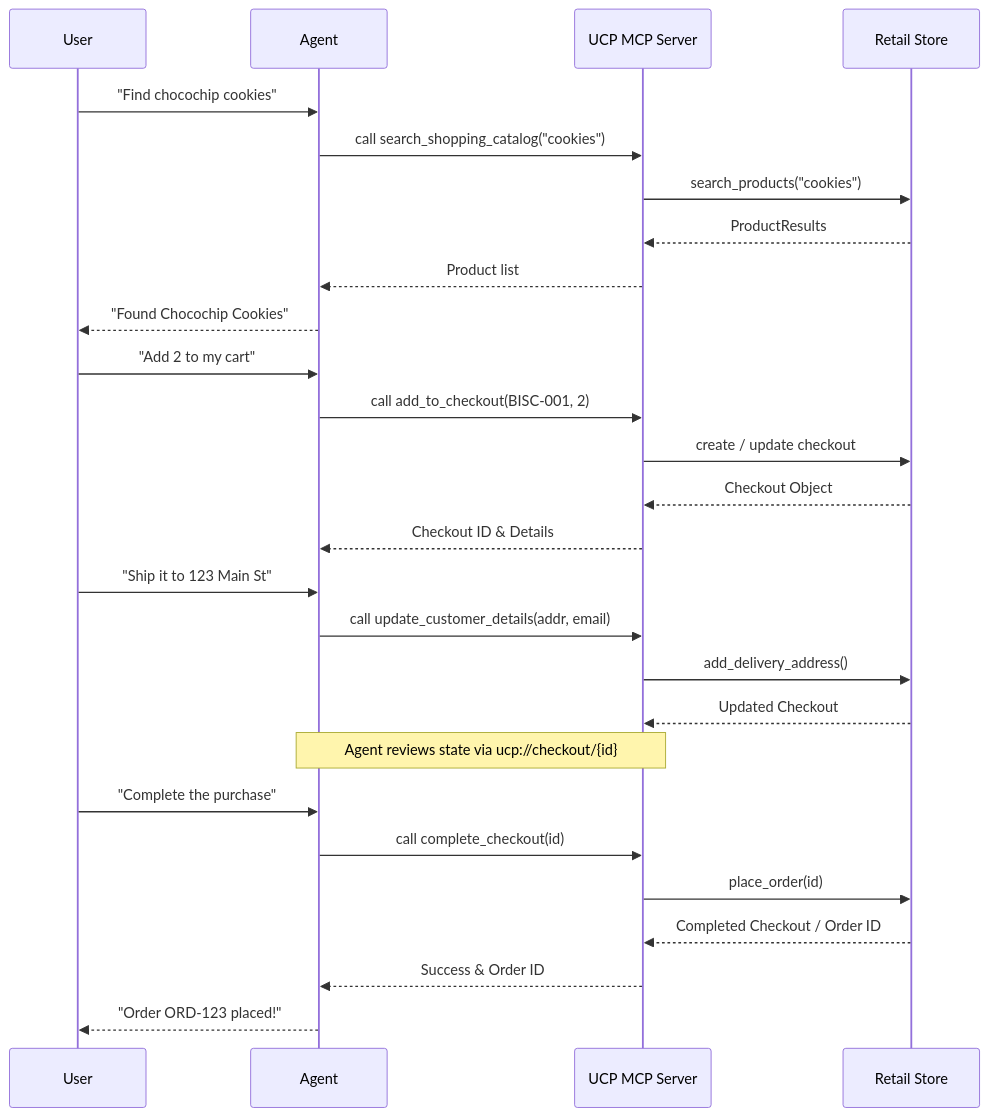
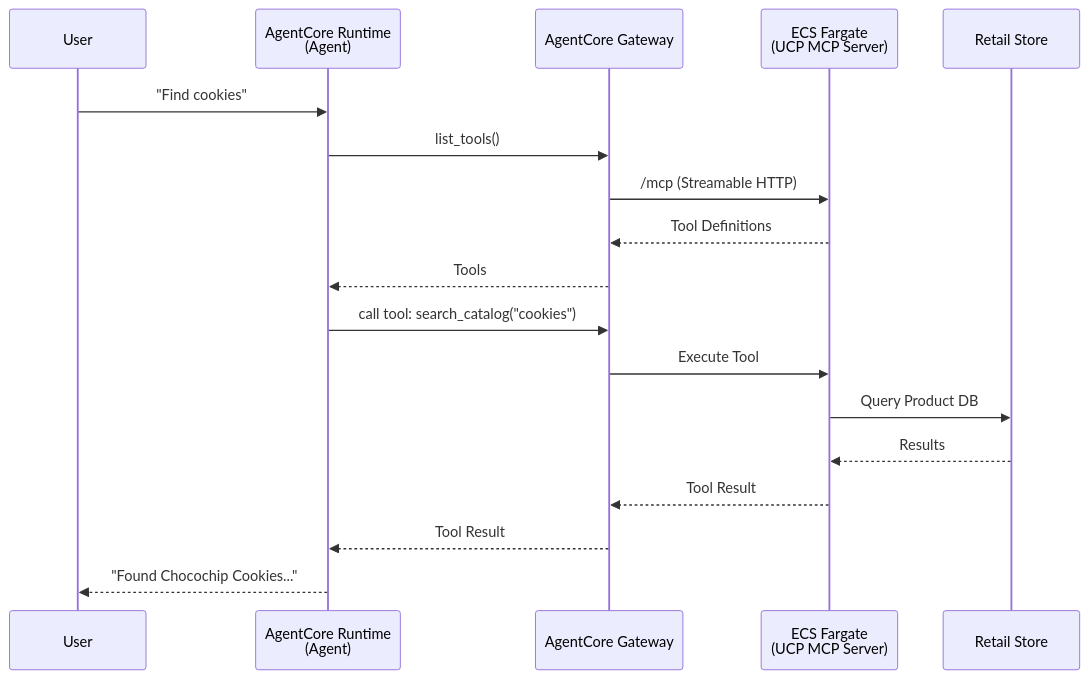
Before and after one commit to EducloudHQ/introduction_ucp_with_mcp: the diagram in README.md, drawn with Mermaid. The commit also changed other lines of this file and 7 other files, not shown here.

````diff
--- a/README.md
+++ b/README.md
@@ -9,34 +9,22 @@
 ```mermaid
 sequenceDiagram
     participant User
-    participant Agent
-    participant MCP as UCP MCP Server
+    participant Runtime as AgentCore Runtime<br/>(Agent)
+    participant Gateway as AgentCore Gateway
+    participant MCP as ECS Fargate<br/>(UCP MCP Server)
     participant Store as Retail Store
 
-    User->>Agent: "Find chocochip cookies"
-    Agent->>MCP: call search_shopping_catalog("cookies")
-    MCP->>Store: search_products("cookies")
-    Store-->>MCP: ProductResults
-    MCP-->>Agent: Product list
-    Agent-->>User: "Found Chocochip Cookies"
+    User->>Runtime: "Find cookies"
+    Runtime->>Gateway: list_tools()
+    Gateway->>MCP: /mcp (Streamable HTTP)
+    MCP-->>Gateway: Tool Definitions
+    Gateway-->>Runtime: Tools
 
-    User->>Agent: "Add 2 to my cart"
-    Agent->>MCP: call add_to_checkout(BISC-001, 2)
-    MCP->>Store: create / update checkout
-    Store-->>MCP: Checkout Object
-    MCP-->>Agent: Checkout ID & Details
-
-    User->>Agent: "Ship it to 123 Main St"
-    Agent->>MCP: call update_customer_details(addr, email)
-    MCP->>Store: add_delivery_address()
-    Store-->>MCP: Updated Checkout
-
-    Note over Agent, MCP: Agent reviews state via ucp://checkout/{id}
-
-    User->>Agent: "Complete the purchase"
-    Agent->>MCP: call complete_checkout(id)
-    MCP->>Store: place_order(id)
-    Store-->>MCP: Completed Checkout / Order ID
-    MCP-->>Agent: Success & Order ID
-    Agent-->>User: "Order ORD-123 placed!"
+    Runtime->>Gateway: call tool: search_catalog("cookies")
+    Gateway->>MCP: Execute Tool
+    MCP->>Store: Query Product DB
+    Store-->>MCP: Results
+    MCP-->>Gateway: Tool Result
+    Gateway-->>Runtime: Tool Result
+    Runtime-->>User: "Found Chocochip Cookies..."
 ```
````
